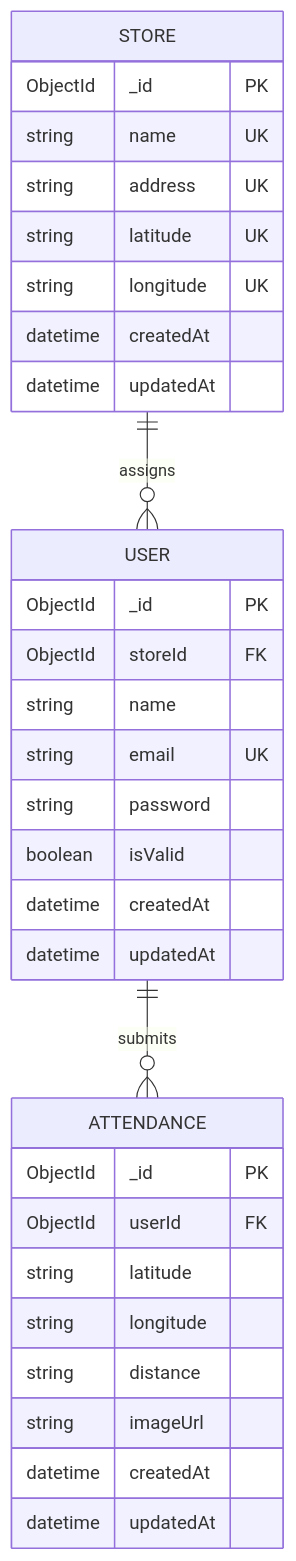
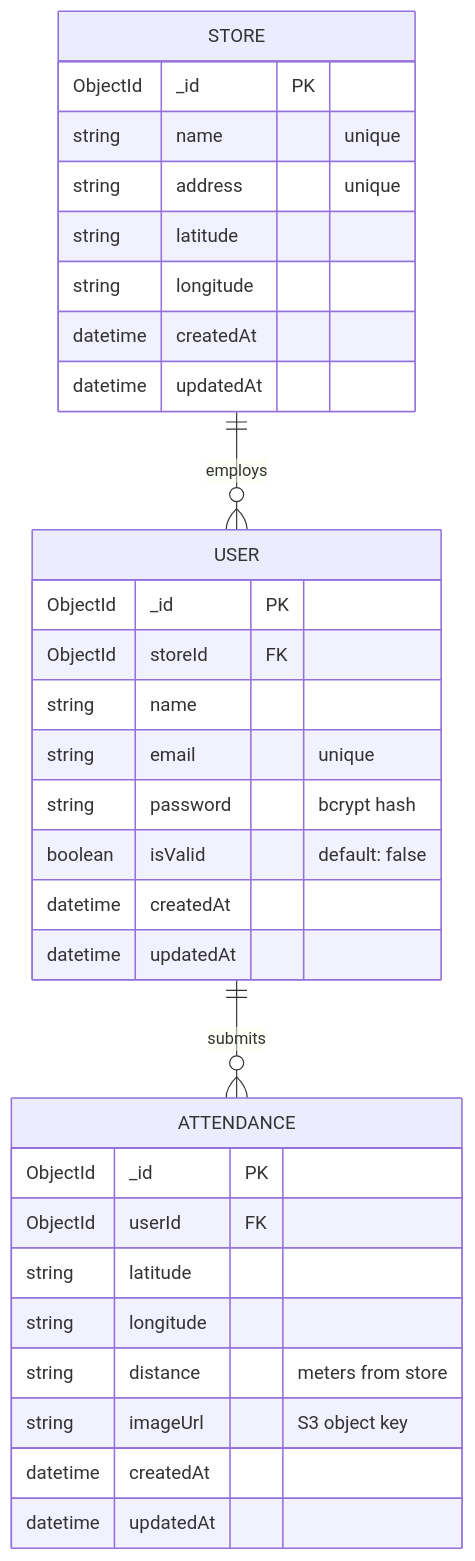
One commit to masanthimanshu/hrms-backend changed the second of 2 diagrams in README.md. Above: the diagram before and after it, drawn with Mermaid. The commit also changed other lines of this file and 1 other file, not shown here.

Commit message:
docs: update README with architectural diagrams and comprehensive API reference

````diff
--- a/README.md
+++ b/README.md
@@ -155,37 +144,37 @@
 ```mermaid
 erDiagram
-    STORE ||--o{ USER : "assigns"
-    USER ||--o{ ATTENDANCE : "submits"
-
     STORE {
         ObjectId _id PK
-        string name UK
-        string address UK
-        string latitude UK
-        string longitude UK
+        string name "unique"
+        string address "unique"
+        string latitude
+        string longitude
         datetime createdAt
         datetime updatedAt
     }
 
     USER {
         ObjectId _id PK
         ObjectId storeId FK
         string name
-        string email UK
-        string password
-        boolean isValid
+        string email "unique"
+        string password "bcrypt hash"
+        boolean isValid "default: false"
         datetime createdAt
         datetime updatedAt
     }
 
     ATTENDANCE {
         ObjectId _id PK
         ObjectId userId FK
         string latitude
         string longitude
-        string distance
-        string imageUrl
+        string distance "meters from store"
+        string imageUrl "S3 object key"
         datetime createdAt
         datetime updatedAt
     }
+
+    STORE ||--o{ USER : "employs"
+    USER ||--o{ ATTENDANCE : "submits"
 ```
````
